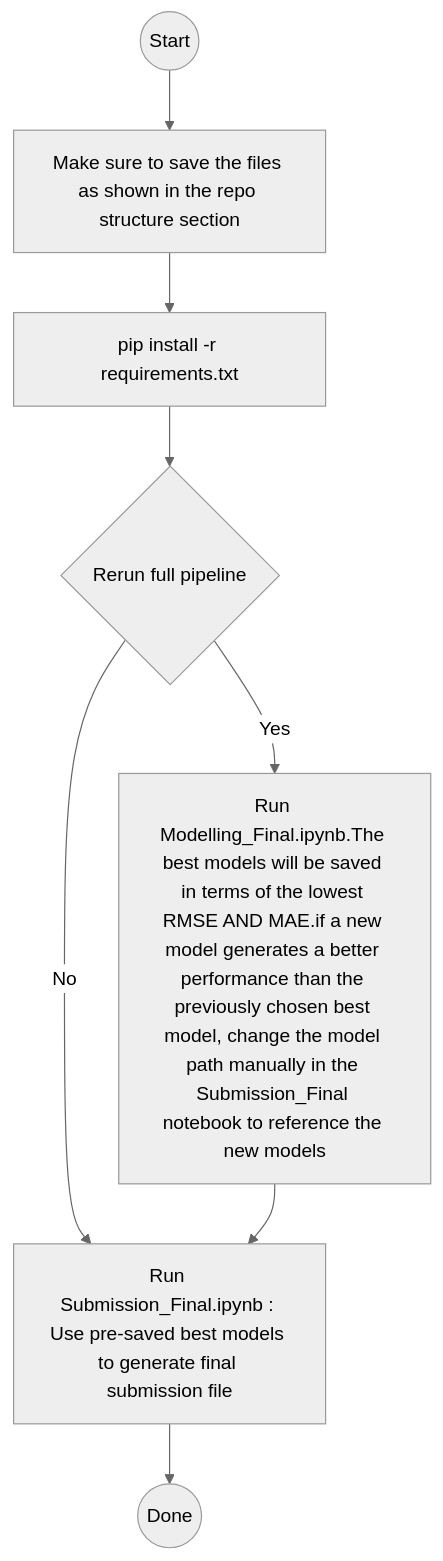
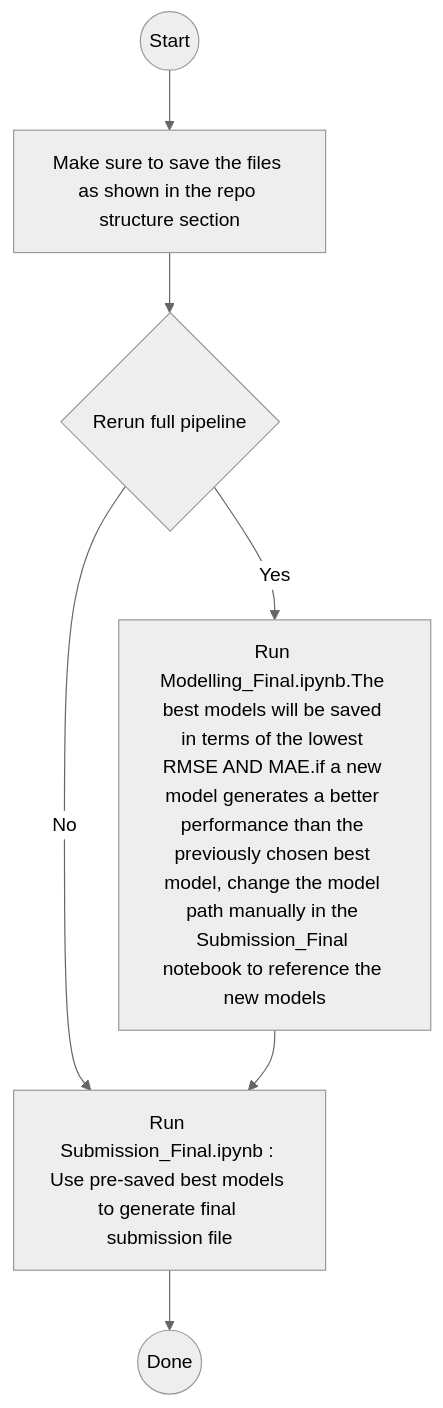
One commit to Julie-Montague/Zindi-Maize-Price-Prediction-Challenge changed the diagram in README.md. Above: the diagram before and after it, drawn with Mermaid (neutral theme).

````diff
--- a/README.md
+++ b/README.md
@@ -25,14 +25,13 @@
 ```mermaid
 flowchart TD
     %% Workflow for training & submission
 
     A((Start)) --> B[Make sure to save the files as shown in the repo structure section]
-    B --> C[pip install -r requirements.txt]
-    C --> D{Rerun full pipeline}
-    D -- Yes --> E[Run Modelling_Final.ipynb.The best models will be saved in terms of the lowest RMSE AND MAE.if a new model generates a better performance than the previously chosen best model, change the model path manually in the Submission_Final notebook to reference the new models]
-    D -- No  --> F[Run Submission_Final.ipynb : Use pre-saved best models to generate final submission file]
+    B --> C{Rerun full pipeline}
+    C -- Yes --> D[Run Modelling_Final.ipynb.The best models will be saved in terms of the lowest RMSE AND MAE.if a new model generates a better performance than the previously chosen best model, change the model path manually in the Submission_Final notebook to reference the new models]
+    C -- No  --> E[Run Submission_Final.ipynb : Use pre-saved best models to generate final submission file]
 
     %% Final submission
-    E --> F
-    F --> G((Done))
+    D --> E
+    E --> F((Done))
 ```
````
